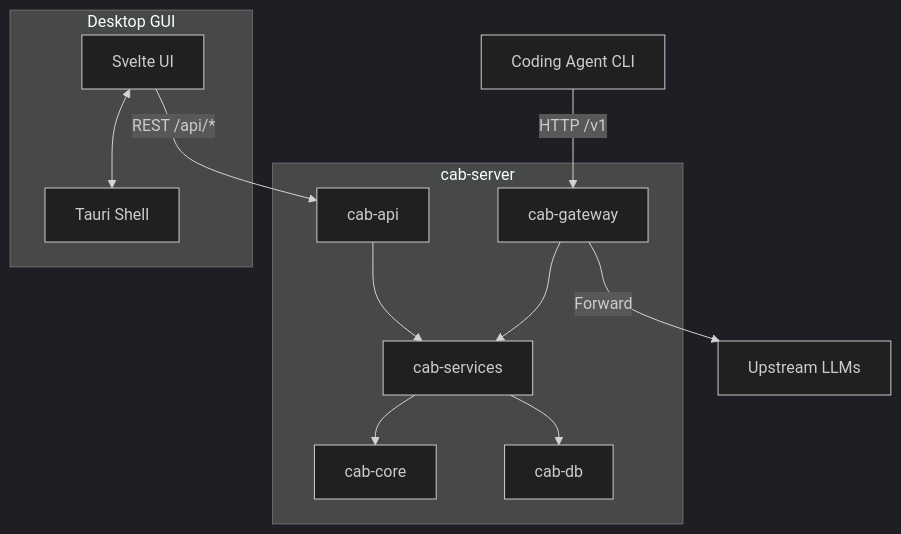
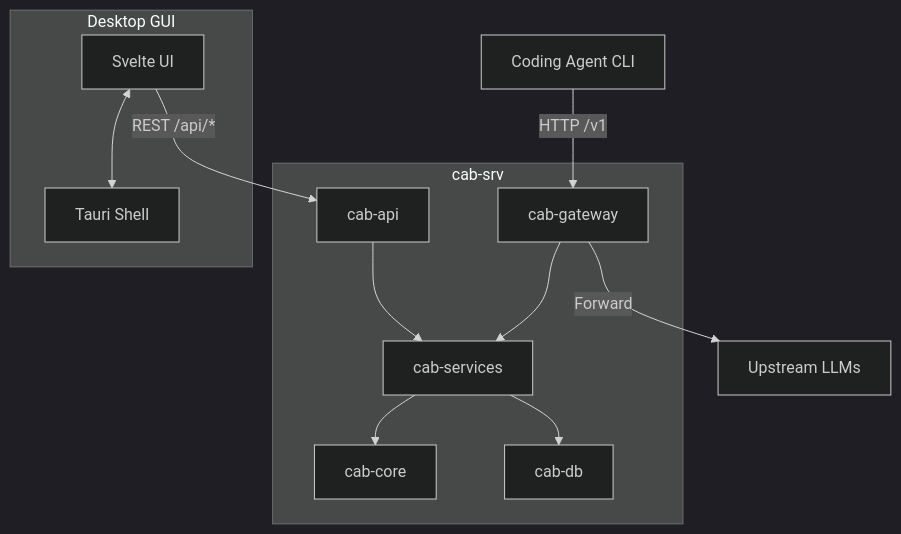
One commit to xiongdi/cab changed the diagram in docs/src/content/docs/reference/architecture.md. Above: the diagram before and after it, drawn with Mermaid (dark theme). The commit also changed other lines of this file and 49 other files, not shown here.

First line of the commit message:
refactor: unify package naming to cab-cli / cab-srv / cab-gui

````diff
--- a/docs/src/content/docs/reference/architecture.md
+++ b/docs/src/content/docs/reference/architecture.md
@@ -8,17 +8,17 @@
 ```mermaid
 graph TD
     subgraph Frontend [Desktop GUI]
         Svelte[Svelte UI] <--> Tauri[Tauri Shell]
     end
 
-    subgraph Backend [cab-server]
+    subgraph Backend [cab-srv]
         API[cab-api] --> Services[cab-services]
         Gateway[cab-gateway] --> Services
         Services --> Core[cab-core]
         Services --> DB[cab-db]
     end
 
     Agent[Coding Agent CLI] -->|HTTP /v1| Gateway
     Gateway -->|Forward| LLM[Upstream LLMs]
     Svelte -->|REST /api/*| API
 ```
````
